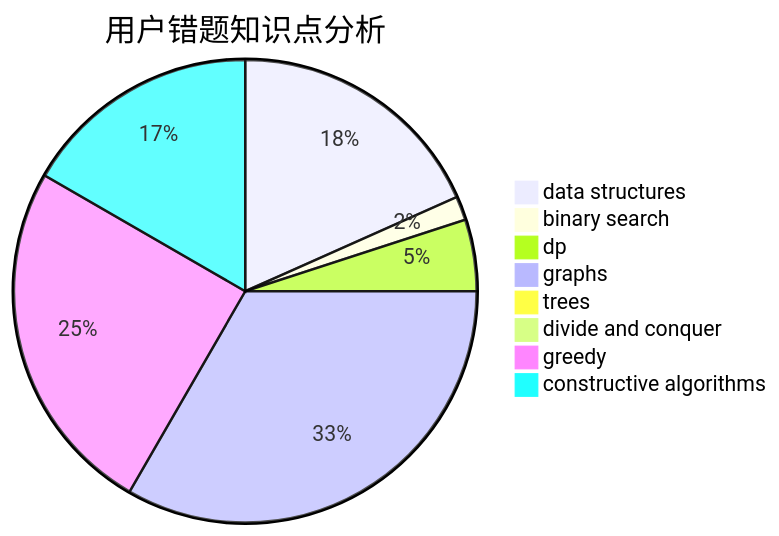
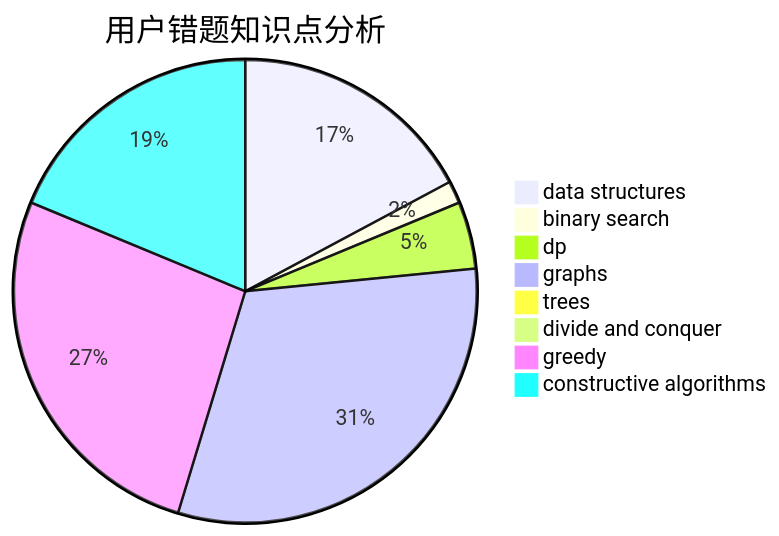
The third of 3 diagrams in docs/user/u2571.md (sherpahu/cfrs.github.io), drawn with Mermaid before and after one commit. The commit also changed other lines of this file and 2770 other files, not shown here.

````diff
--- a/docs/user/u2571.md
+++ b/docs/user/u2571.md
@@ -36,11 +36,11 @@
 ```mermaid
 pie title 用户错题知识点分析
     "data structures" :  11
     "binary search" :  1
     "dp" :  3
     "graphs" :  20
     "trees" :  0
     "divide and conquer" :  0
-    "greedy" :  15
-    "constructive algorithms" :  10
+    "greedy" :  17
+    "constructive algorithms" :  12
 ```
````
